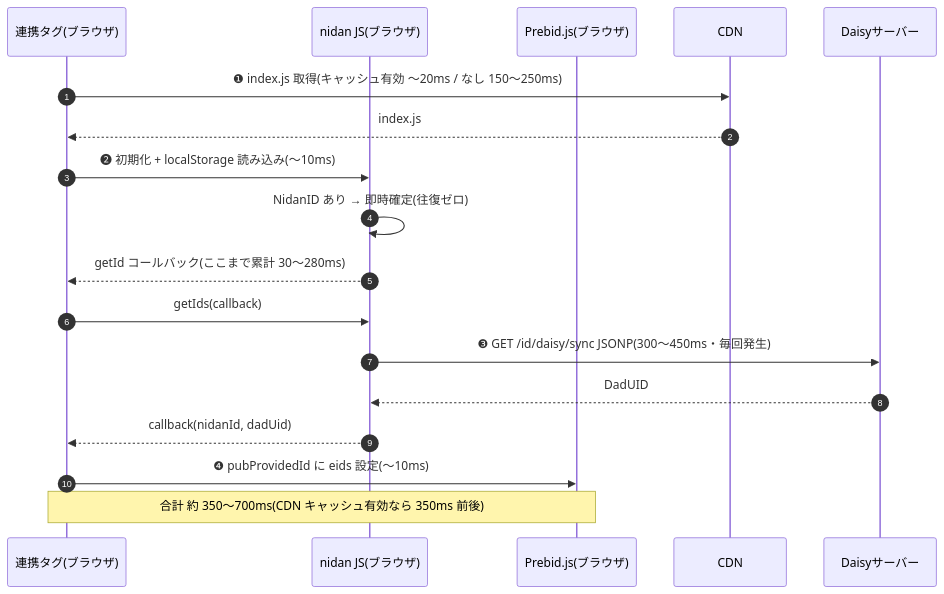
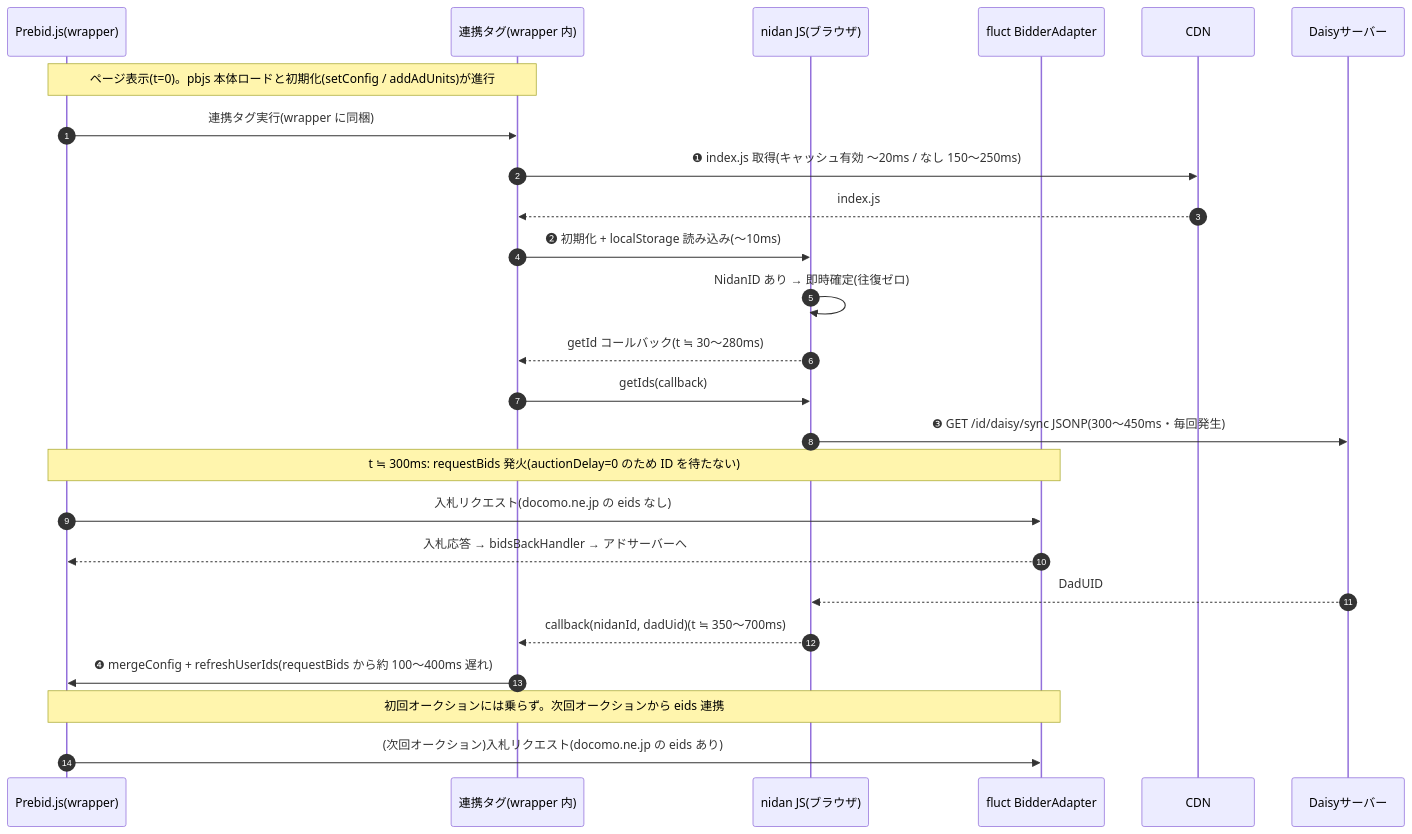
One commit to kyohei-takita-d2c/docomoid-docs changed the first of 2 diagrams in sequences/prebid_latency.md. Above: the diagram before and after it, drawn with Mermaid. The commit also changed other lines of this file, not shown here.

````diff
--- a/sequences/prebid_latency.md
+++ b/sequences/prebid_latency.md
@@ -25,21 +32,30 @@
 ```mermaid
 sequenceDiagram
     autonumber
-    participant Tag as 連携タグ(ブラウザ)
+    participant Pbjs as Prebid.js(wrapper)
+    participant Tag as 連携タグ(wrapper 内)
     participant JS as nidan JS(ブラウザ)
-    participant Pbjs as Prebid.js(ブラウザ)
+    participant Fluct as fluct BidderAdapter
     participant CDN as CDN
     participant DAPI as Daisyサーバー
 
+    Note over Pbjs,Tag: ページ表示(t=0)。pbjs 本体ロードと初期化(setConfig / addAdUnits)が進行
+    Pbjs->>Tag: 連携タグ実行(wrapper に同梱)
     Tag->>CDN: ❶ index.js 取得(キャッシュ有効 〜20ms / なし 150〜250ms)
     CDN-->>Tag: index.js
     Tag->>JS: ❷ 初期化 + localStorage 読み込み(〜10ms)
     JS->>JS: NidanID あり → 即時確定(往復ゼロ)
-    JS-->>Tag: getId コールバック(ここまで累計 30〜280ms)
+    JS-->>Tag: getId コールバック(t ≒ 30〜280ms)
     Tag->>JS: getIds(callback)
     JS->>DAPI: ❸ GET /id/daisy/sync JSONP(300〜450ms・毎回発生)
+
+    Note over Pbjs,Fluct: t ≒ 300ms: requestBids 発火(auctionDelay=0 のため ID を待たない)
+    Pbjs->>Fluct: 入札リクエスト(docomo.ne.jp の eids なし)
+    Fluct-->>Pbjs: 入札応答 → bidsBackHandler → アドサーバーへ
+
     DAPI-->>JS: DadUID
-    JS-->>Tag: callback(nidanId, dadUid)
-    Tag->>Pbjs: ❹ pubProvidedId に eids 設定(〜10ms)
-    Note over Tag,Pbjs: 合計 約 350〜700ms(CDN キャッシュ有効なら 350ms 前後)
+    JS-->>Tag: callback(nidanId, dadUid)(t ≒ 350〜700ms)
+    Tag->>Pbjs: ❹ mergeConfig + refreshUserIds(requestBids から約 100〜400ms 遅れ)
+    Note over Pbjs,Fluct: 初回オークションには乗らず。次回オークションから eids 連携
+    Pbjs->>Fluct: (次回オークション)入札リクエスト(docomo.ne.jp の eids あり)
 ```
````
